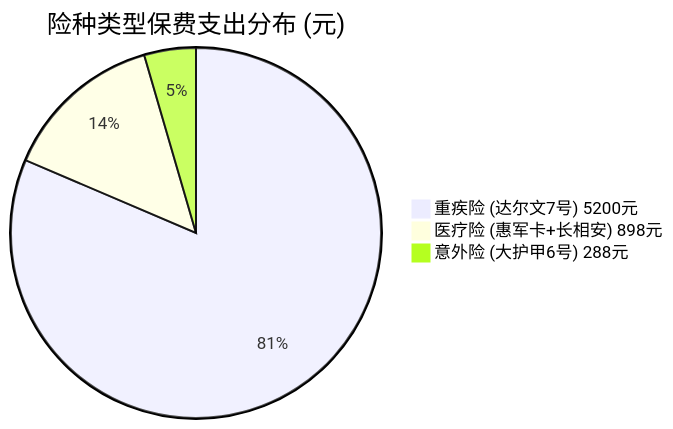
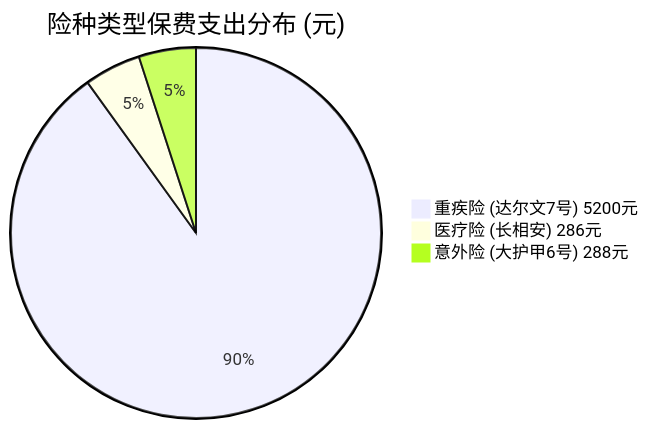
Before and after one commit to yww520/ob-baodan: the first of 6 diagrams in vault-template/00_看板中心/📈 全家保单多维数据统计大盘.md, drawn with Mermaid. The commit also changed other lines of this file and 7 other files, not shown here.

````diff
--- a/vault-template/00_看板中心/📈 全家保单多维数据统计大盘.md
+++ b/vault-template/00_看板中心/📈 全家保单多维数据统计大盘.md
@@ -24,6 +24,6 @@
 ```mermaid
 pie title 险种类型保费支出分布 (元)
     "重疾险 (达尔文7号) 5200元" : 5200
-    "医疗险 (惠军卡+长相安) 898元" : 898
+    "医疗险 (长相安) 286元" : 286
     "意外险 (大护甲6号) 288元" : 288
 ```
````
